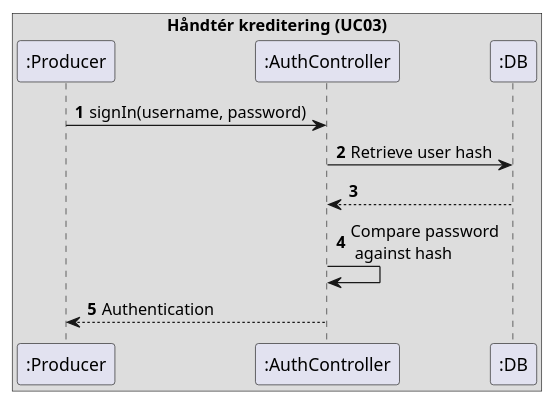
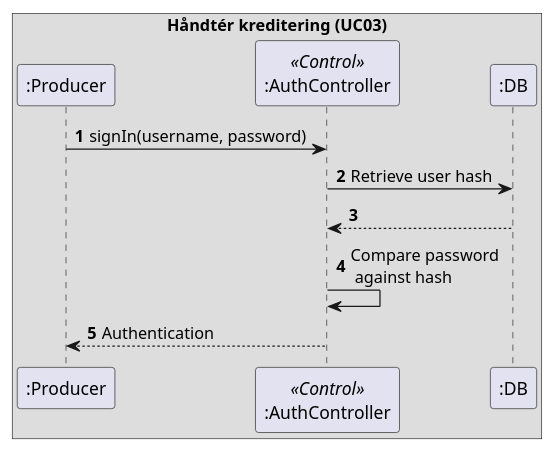
The diagram in uml/sequence_diagrams/operation/authentication.puml (amatzen/SE02-SE-G02-SPRO), drawn with PlantUML before and after one commit. The commit also changed 1 other file, not shown here.

Commit message:
Sequence diagrams

```diff
--- a/uml/sequence_diagrams/operation/authentication.puml
+++ b/uml/sequence_diagrams/operation/authentication.puml
@@ -1,18 +1,18 @@
 @startuml
 'https://plantuml.com/sequence-diagram
 
 autonumber
 
 box "Håndtér kreditering (UC03)"
     participant ":Producer" as producer
-    participant ":AuthController" as authController
+    participant ":AuthController" as authController <<Control>>
     participant ":DB" as db
 end box
 
 producer -> authController : signIn(username, password)
 authController -> db : Retrieve user hash
 authController <-- db
 authController -> authController : Compare password\n against hash
 producer <-- authController : Authentication
 
 @enduml
```
